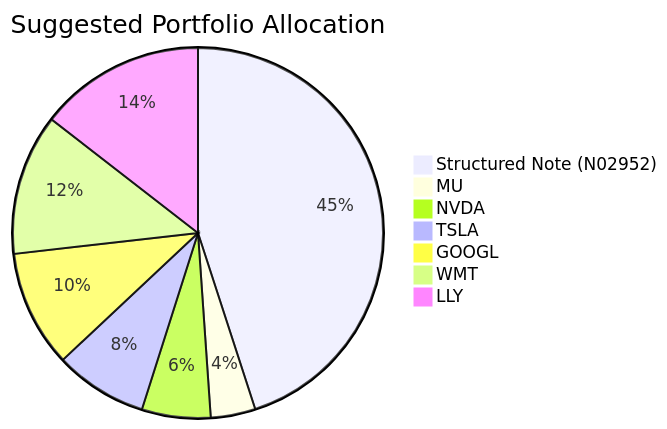
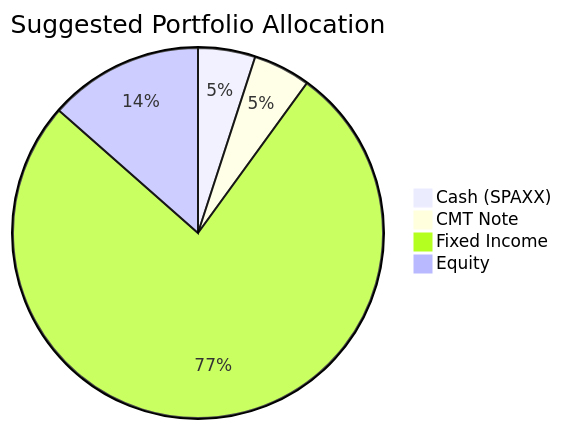
Before and after one commit to roger249/Bot-collaboration: diagram 20 of 20 in docs/sample outputs/product_investor_matching-deepseek-v4-flash.md, drawn with Mermaid. The commit also changed other lines of this file and 16 other files, not shown here.

````diff
--- a/docs/sample outputs/product_investor_matching-deepseek-v4-flash.md
+++ b/docs/sample outputs/product_investor_matching-deepseek-v4-flash.md
@@ -56,10 +478,7 @@
 ```mermaid
 pie title Suggested Portfolio Allocation
-    "Structured Note (N02952)" : 45.0
-    "MU" : 3.9
-    "NVDA" : 6.0
-    "TSLA" : 8.1
-    "GOOGL" : 10.2
-    "WMT" : 12.3
-    "LLY" : 14.5
+    "Cash (SPAXX)" : 5
+    "CMT Note" : 5
+    "Fixed Income" : 76.5
+    "Equity" : 13.5
 ```
````
